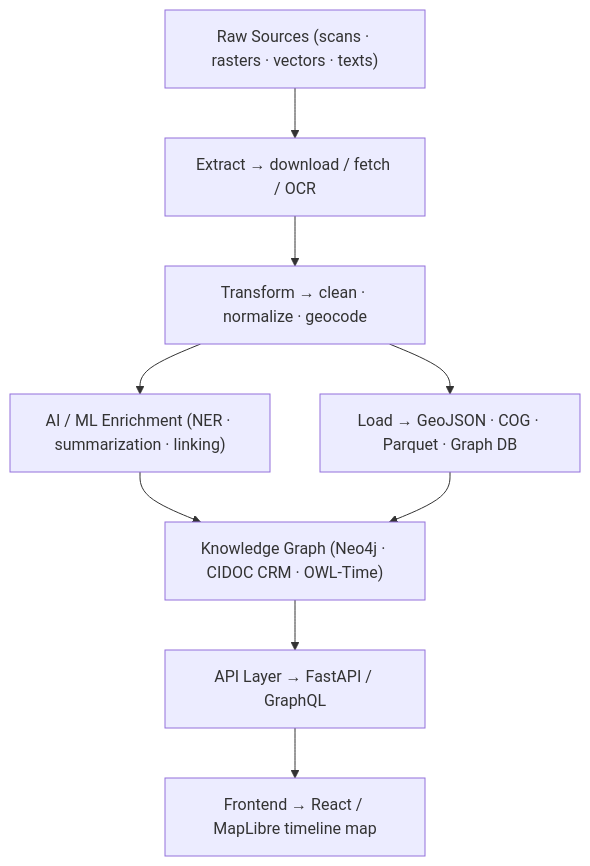
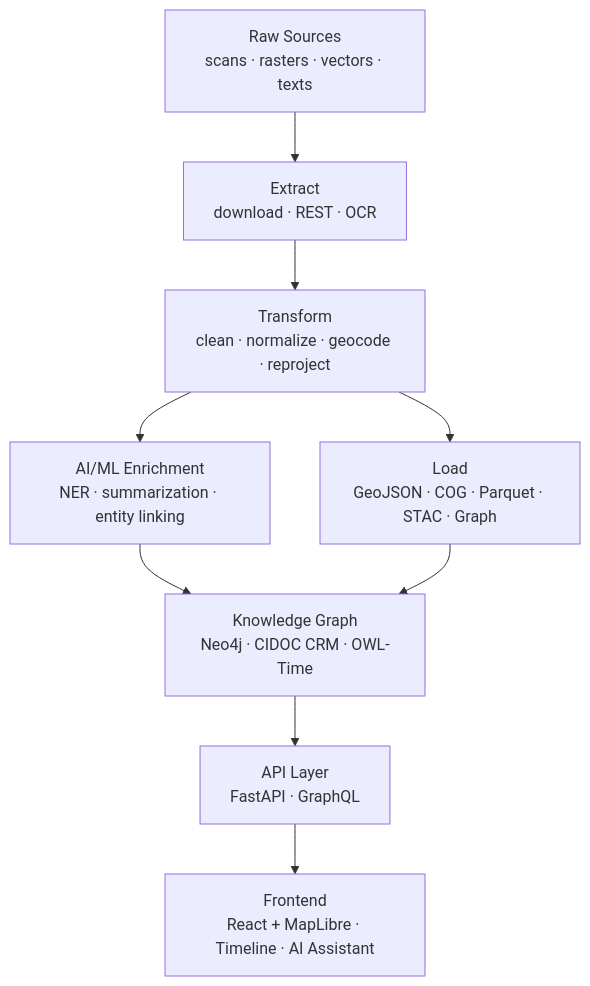
Before and after one commit to bartytime4life/Kansas-Frontier-Matrix: the diagram in src/pipelines/README.md, drawn with Mermaid. The commit also changed other lines of this file, not shown here.

`````diff
--- a/src/pipelines/README.md
+++ b/src/pipelines/README.md
@@ -35,13 +50,13 @@
 ```mermaid
 flowchart TD
-    A["Raw Sources (scans · rasters · vectors · texts)"]
-      --> B["Extract → download / fetch / OCR"]
-      --> C["Transform → clean · normalize · geocode"]
-      --> D["Load → GeoJSON · COG · Parquet · Graph DB"]
+    A["Raw Sources<br/>scans · rasters · vectors · texts"]
+      --> B["Extract<br/>download · REST · OCR"]
+      --> C["Transform<br/>clean · normalize · geocode · reproject"]
+      --> D["Load<br/>GeoJSON · COG · Parquet · STAC · Graph"]
 
-    C --> I["AI / ML Enrichment (NER · summarization · linking)"]
-    I --> H["Knowledge Graph (Neo4j · CIDOC CRM · OWL-Time)"]
+    C --> I["AI/ML Enrichment<br/>NER · summarization · entity linking"]
+    I --> H["Knowledge Graph<br/>Neo4j · CIDOC CRM · OWL-Time"]
     D --> H
-    H --> J["API Layer → FastAPI / GraphQL"]
-    J --> F["Frontend → React / MapLibre timeline map"]
-````
+    H --> J["API Layer<br/>FastAPI · GraphQL"]
+    J --> F["Frontend<br/>React + MapLibre · Timeline · AI Assistant"]
+```
`````
